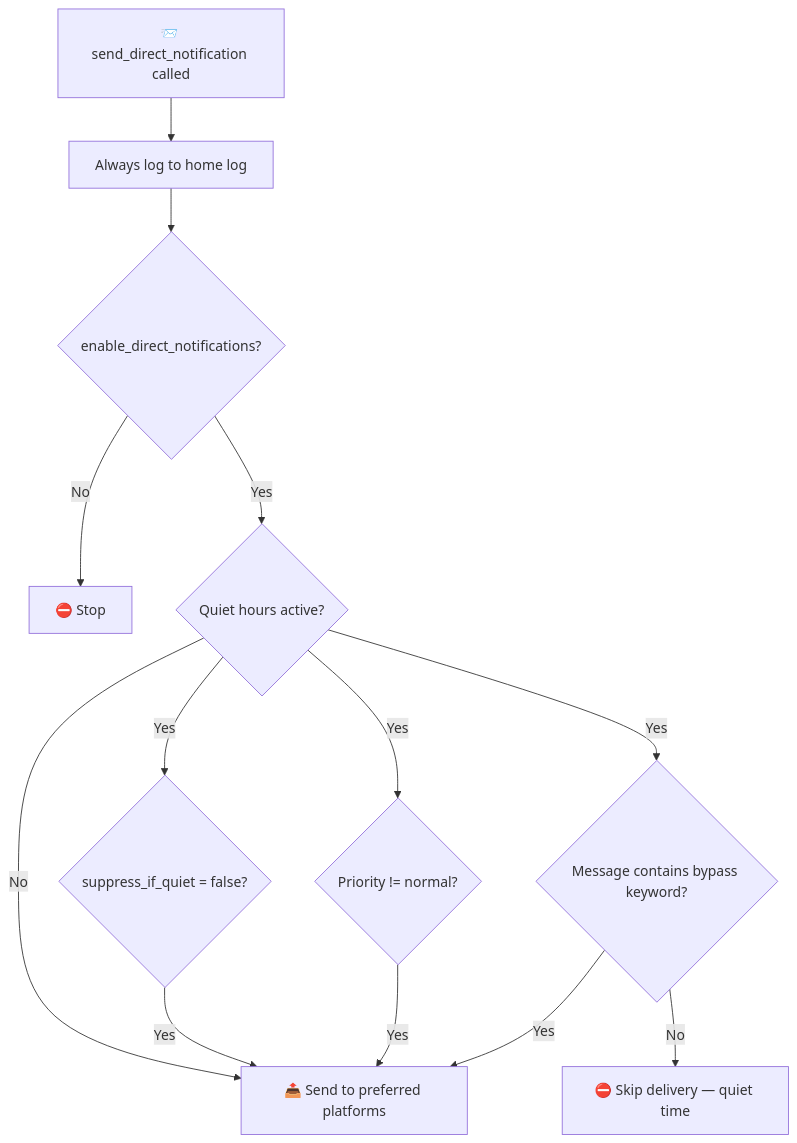
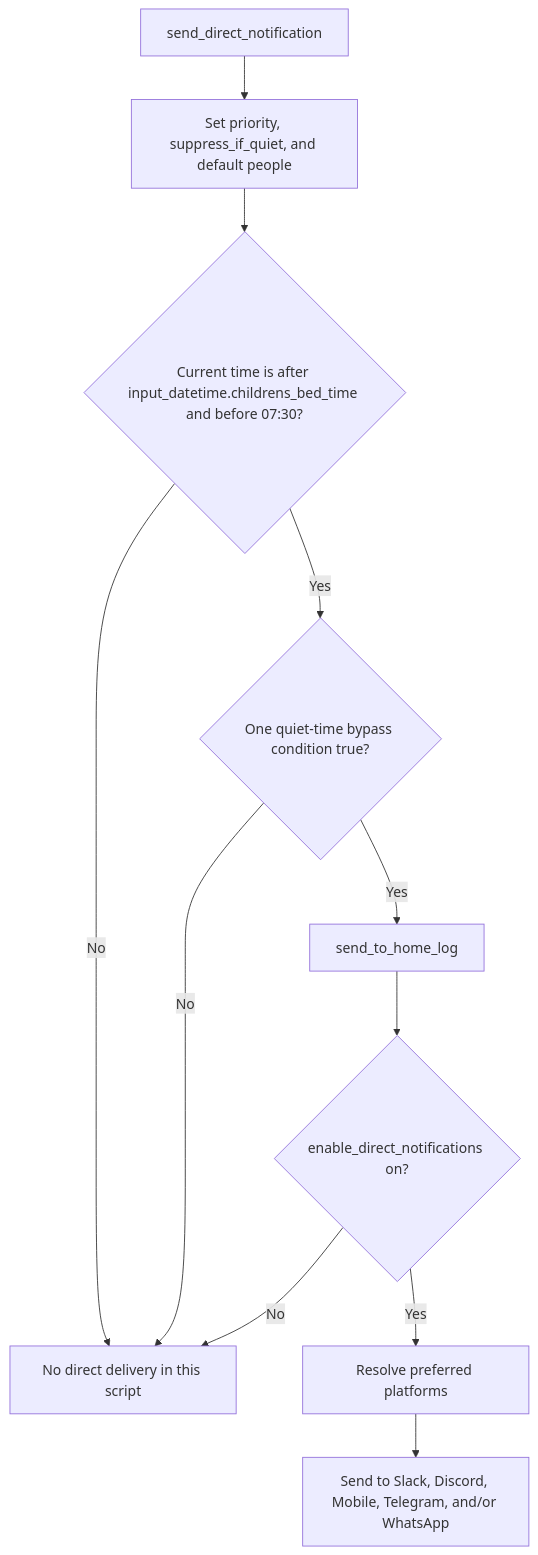
Before and after one commit to dannytsang/homeassistant-config: the fourth of 5 diagrams in packages/integrations/messaging/README.md, drawn with Mermaid. The commit also changed other lines of this file and 60 other files, not shown here.

````diff
--- a/packages/integrations/messaging/README.md
+++ b/packages/integrations/messaging/README.md
@@ -155,15 +228,13 @@
 ```mermaid
 flowchart TD
-    A["📨 send_direct_notification called"] --> B["Always log to home log"]
-    B --> C{"enable_direct_notifications?"}
-    C -->|No| Z["⛔ Stop"]
-    C -->|Yes| D{"Quiet hours active?"}
-    D -->|No| E["📤 Send to preferred platforms"]
-    D -->|Yes| F{"suppress_if_quiet = false?"}
-    F -->|Yes| E
-    D -->|Yes| G{"Priority != normal?"}
-    G -->|Yes| E
-    D -->|Yes| H{"Message contains bypass keyword?"}
-    H -->|Yes| E
-    H -->|No| Z2["⛔ Skip delivery — quiet time"]
+    Call[send_direct_notification] --> Defaults[Set priority, suppress_if_quiet, and default people]
+    Defaults --> Bedtime{Current time is after input_datetime.childrens_bed_time and before 07:30?}
+    Bedtime -->|No| Stop[No direct delivery in this script]
+    Bedtime -->|Yes| Allow{One quiet-time bypass condition true?}
+    Allow -->|No| Stop
+    Allow -->|Yes| Log[send_to_home_log]
+    Log --> Enabled{enable_direct_notifications on?}
+    Enabled -->|No| Stop
+    Enabled -->|Yes| Resolve[Resolve preferred platforms]
+    Resolve --> Send[Send to Slack, Discord, Mobile, Telegram, and/or WhatsApp]
 ```
````
